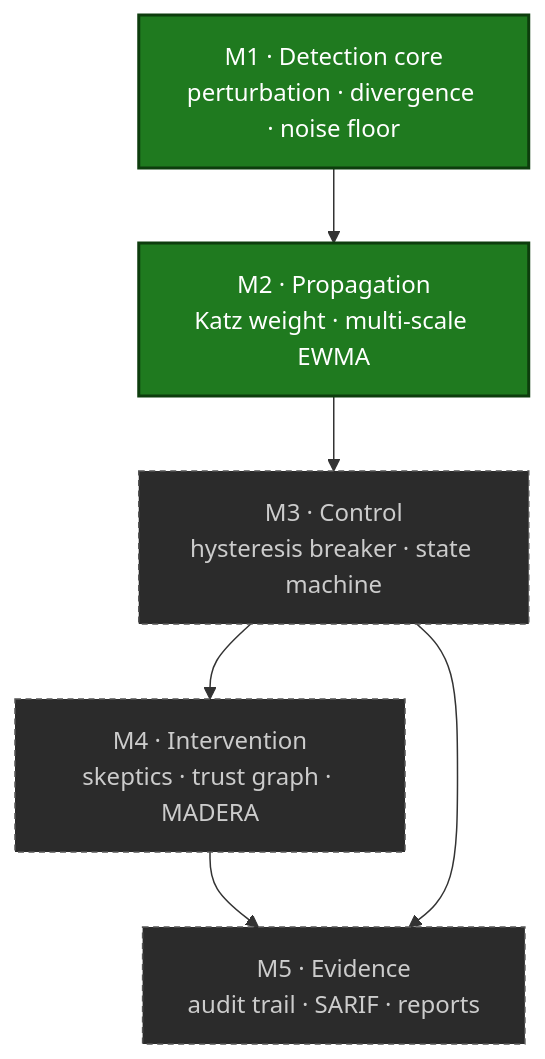
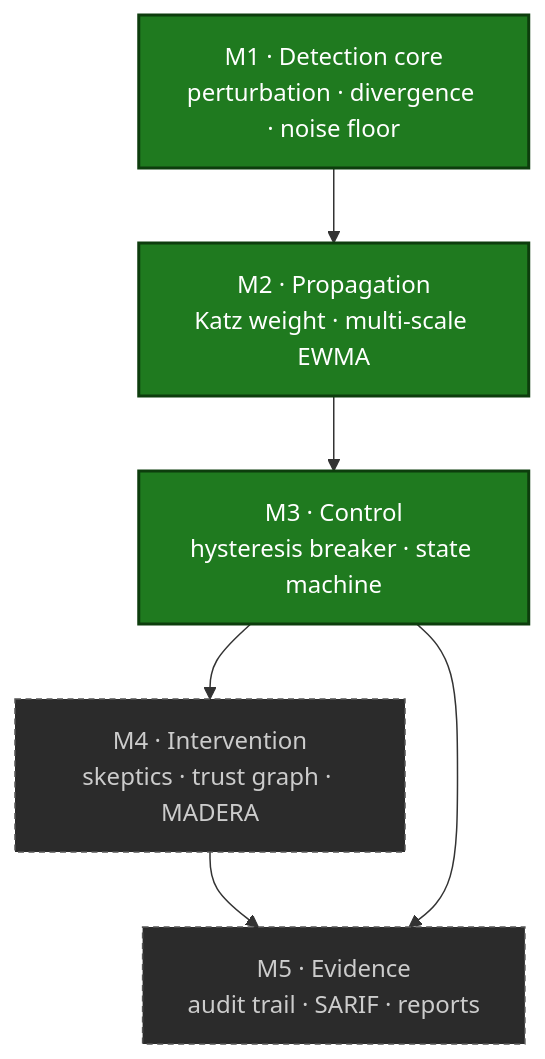
The second of 2 diagrams in README.md (krishddd/weighted-emergent-bias), drawn with Mermaid before and after one commit. The commit also changed other lines of this file and 10 other files, not shown here.

````diff
--- a/README.md
+++ b/README.md
@@ -148,12 +167,12 @@
 ```mermaid
 flowchart TD
     M1["M1 · Detection core<br/>perturbation · divergence · noise floor"]:::done
     M2["M2 · Propagation<br/>Katz weight · multi-scale EWMA"]:::done
-    M3["M3 · Control<br/>hysteresis breaker · state machine"]:::todo
+    M3["M3 · Control<br/>hysteresis breaker · state machine"]:::done
     M4["M4 · Intervention<br/>skeptics · trust graph · MADERA"]:::todo
     M5["M5 · Evidence<br/>audit trail · SARIF · reports"]:::todo
     M1 --> M2 --> M3 --> M4 --> M5
     M3 --> M5
     classDef done fill:#1f7a1f,color:#fff,stroke:#0d3d0d,stroke-width:2px;
     classDef todo fill:#2b2b2b,color:#ccc,stroke:#555,stroke-dasharray:4 3;
 ```
````
